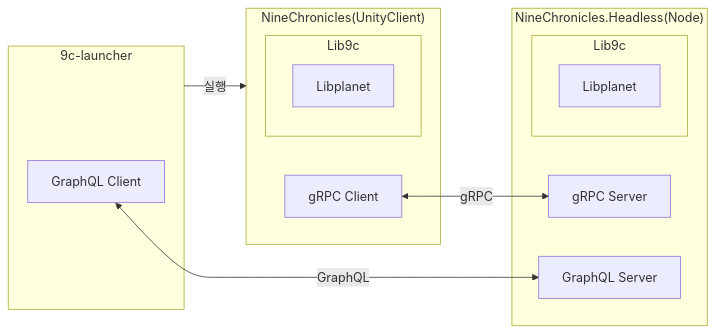
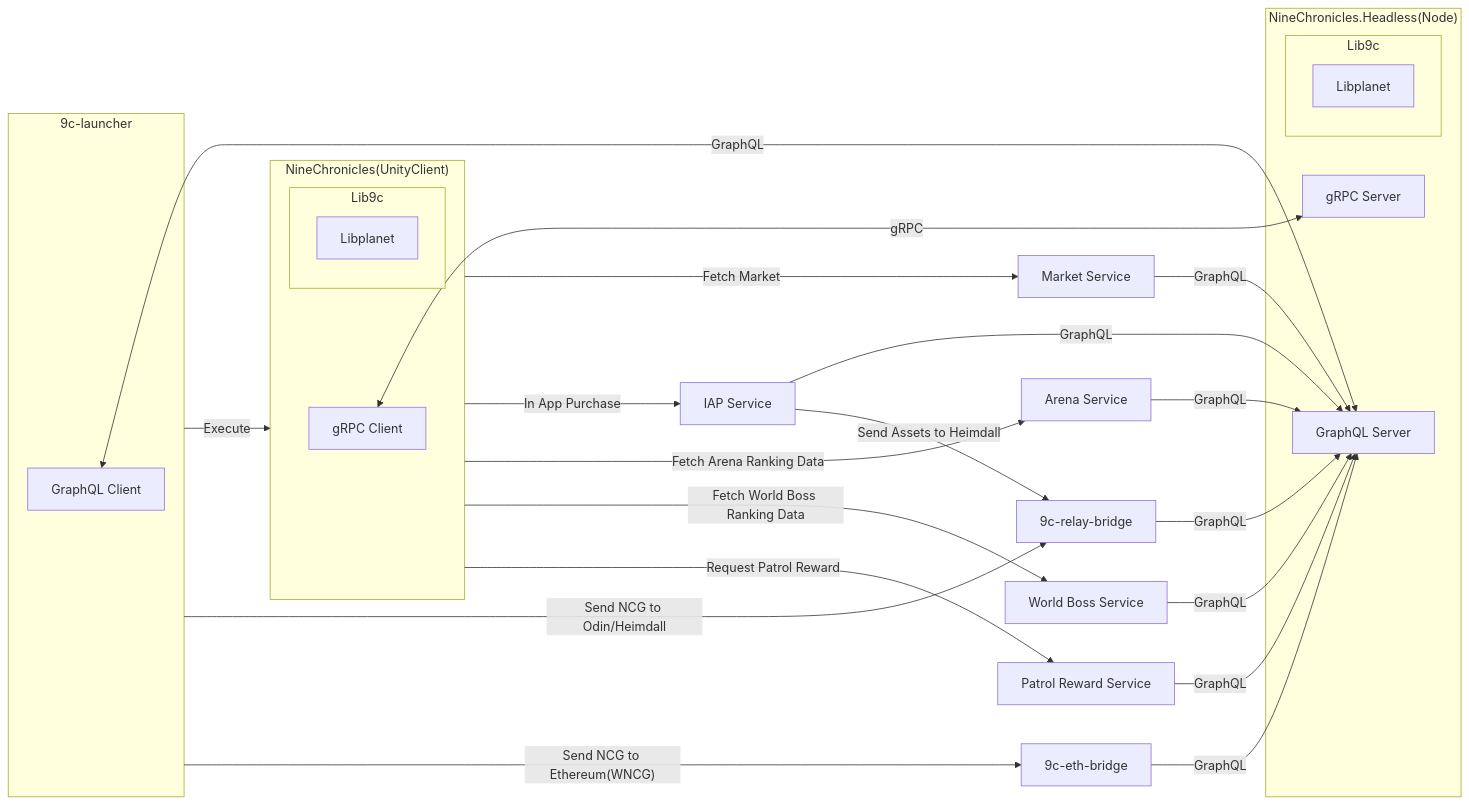
The third of 3 diagrams in ko/contributing/getting-started.md (planetarium/www.nine-chronicles.dev), drawn with Mermaid before and after one commit. The commit also changed 1 other file, not shown here.

Commit message:
Describe more services

````diff
--- a/ko/contributing/getting-started.md
+++ b/ko/contributing/getting-started.md
@@ -39,22 +39,43 @@
 ```mermaid
 graph LR
     subgraph launcher[9c-launcher]
         launcher-graphql-client[GraphQL Client]
     end
     subgraph headless["NineChronicles.Headless(Node)"]
         subgraph headless-lib9c[Lib9c]
             headless-lib9c-libplanet[Libplanet]
         end
         headless-grpc-server[gRPC Server]
         headless-graphql-server[GraphQL Server]
     end
     subgraph 9c-unity["NineChronicles(UnityClient)"]
         subgraph 9c-unity-lib9c[Lib9c]
             9c-unity-lib9c-libplanet[Libplanet]
         end
         9c-unity-grpc-client[gRPC Client]
     end
     launcher-graphql-client -- GraphQL <--> headless-graphql-server
-    launcher -- 실행 --> 9c-unity
+    launcher -- Execute --> 9c-unity
+    launcher -- Send NCG to Odin/Heimdall --> 9c-relay-bridge
+    launcher -- Send NCG to Ethereum(WNCG) --> 9c-eth-bridge
+    9c-relay-bridge -- GraphQL --> headless-graphql-server
+    9c-eth-bridge -- GraphQL --> headless-graphql-server
     9c-unity-grpc-client -- gRPC <--> headless-grpc-server
+
+    9c-unity -- Fetch Market --> market-service
+    market-service[Market Service] -- GraphQL --> headless-graphql-server
+
+    9c-unity -- In App Purchase --> iap
+    iap[IAP Service] -- GraphQL --> headless-graphql-server
+    iap -- Send Assets to Heimdall --> 9c-relay-bridge
+
+    9c-unity -- Fetch Arena Ranking Data --> arena-service
+    arena-service[Arena Service] -- GraphQL --> headless-graphql-server
+
+    9c-unity -- Fetch World Boss Ranking Data --> world-boss-service
+    world-boss-service[World Boss Service] -- GraphQL --> headless-graphql-server
+
+    9c-unity -- Request Patrol Reward --> patrol-reward-service
+    patrol-reward-service[Patrol Reward Service] -- GraphQL --> headless-graphql-server
+
 ```
````
